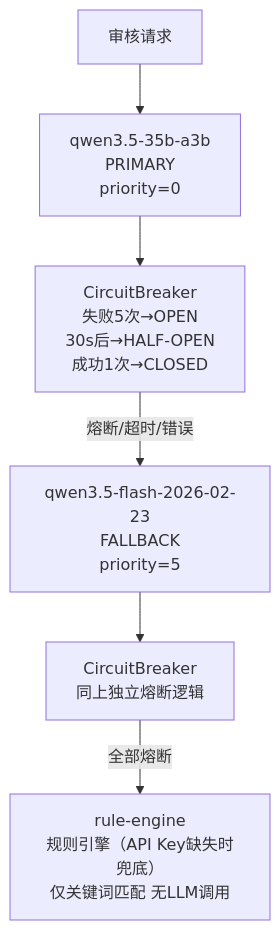
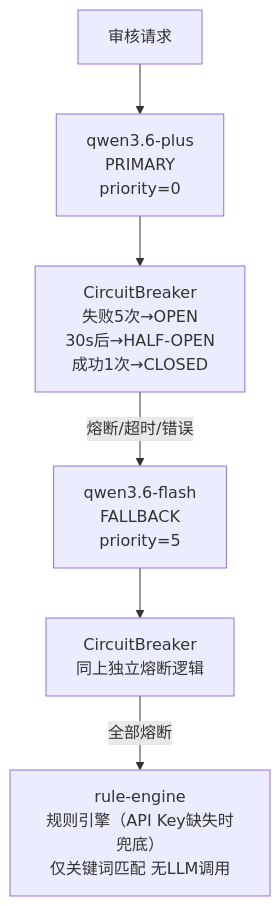
One commit to elaine2233/AI-Agent-RAG-for-complaince changed the eighth of 10 diagrams in docs/archive/architecture-production.md. Above: the diagram before and after it, drawn with Mermaid. The commit also changed other lines of this file and 9 other files, not shown here.

````diff
--- a/docs/archive/architecture-production.md
+++ b/docs/archive/architecture-production.md
@@ -531,9 +531,9 @@
 ```mermaid
 flowchart TB
     REQ[审核请求] --> QP
-    QP[qwen3.5-35b-a3b<br/>PRIMARY<br/>priority=0] --> CB1[CircuitBreaker<br/>失败5次→OPEN<br/>30s后→HALF-OPEN<br/>成功1次→CLOSED]
+    QP[qwen3.6-plus<br/>PRIMARY<br/>priority=0] --> CB1[CircuitBreaker<br/>失败5次→OPEN<br/>30s后→HALF-OPEN<br/>成功1次→CLOSED]
     CB1 -->|熔断/超时/错误| DS
-    DS[qwen3.5-flash-2026-02-23<br/>FALLBACK<br/>priority=5] --> CB2[CircuitBreaker<br/>同上独立熔断逻辑]
+    DS[qwen3.6-flash<br/>FALLBACK<br/>priority=5] --> CB2[CircuitBreaker<br/>同上独立熔断逻辑]
     CB2 -->|全部熔断| RE
     RE[rule-engine<br/>规则引擎（API Key缺失时兜底）<br/>仅关键词匹配 无LLM调用]
 ```
````
